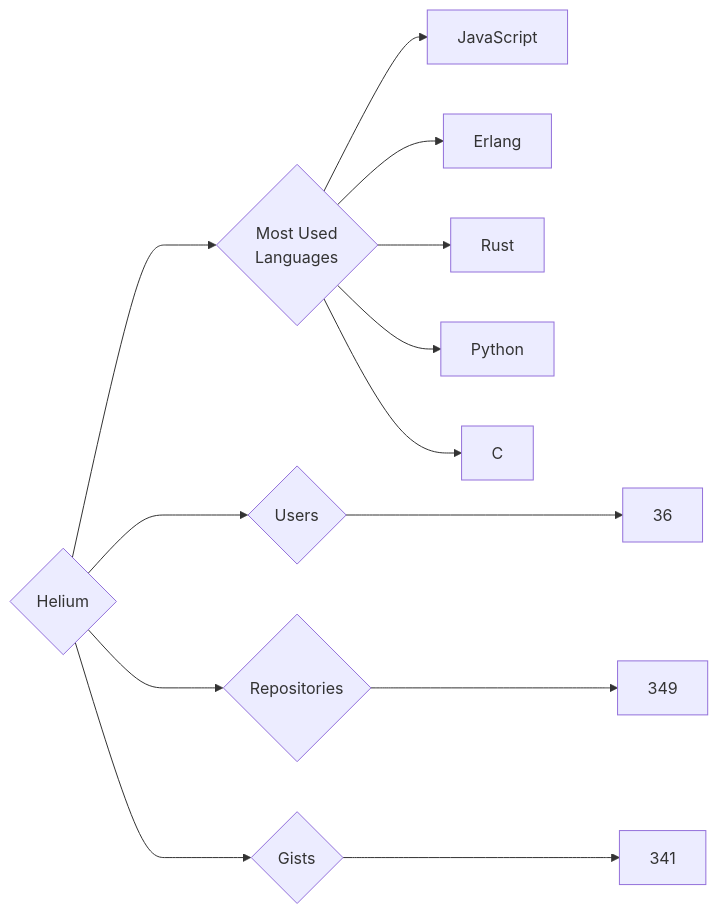
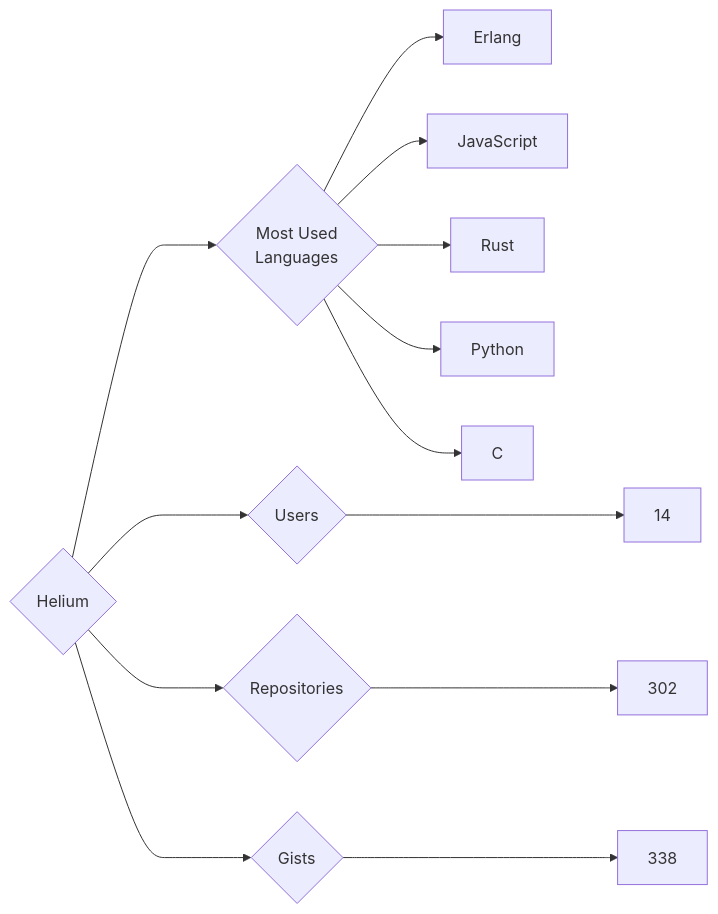
Before and after one commit to trickest/insiders: the diagram in targets/Helium/README.md, drawn with Mermaid. The commit also changed 935 other files, not shown here.

````diff
--- a/targets/Helium/README.md
+++ b/targets/Helium/README.md
@@ -3,13 +3,13 @@
 ```mermaid
 graph LR
 COMPANY_NAME{Helium}
-COMPANY_NAME ---> U{Users} ---> UN[36]
-COMPANY_NAME ---> R{Repositories} ---> RN[349]
-COMPANY_NAME ---> G{Gists} ---> GN[341]
+COMPANY_NAME ---> U{Users} ---> UN[14]
+COMPANY_NAME ---> R{Repositories} ---> RN[302]
+COMPANY_NAME ---> G{Gists} ---> GN[338]
 COMPANY_NAME ---> ML{Most Used<br>Languages}
+ML --> Erlang[Erlang]
 ML --> JavaScript[JavaScript]
-ML --> Erlang[Erlang]
 ML --> Rust[Rust]
 ML --> Python[Python]
 ML --> C[C]
 ```
````
